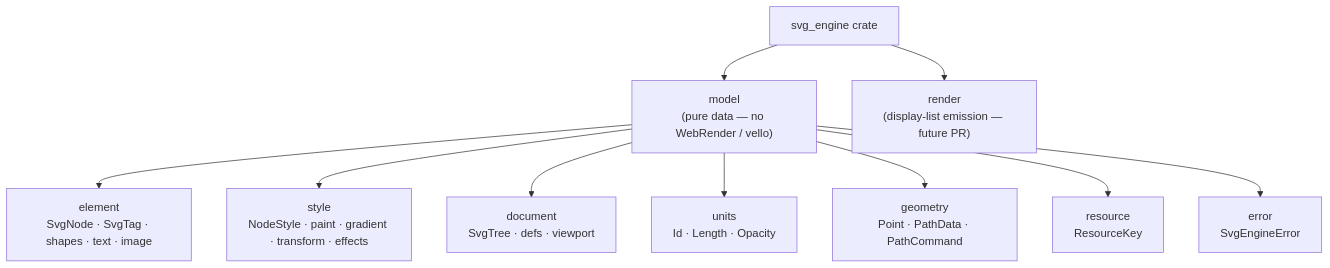
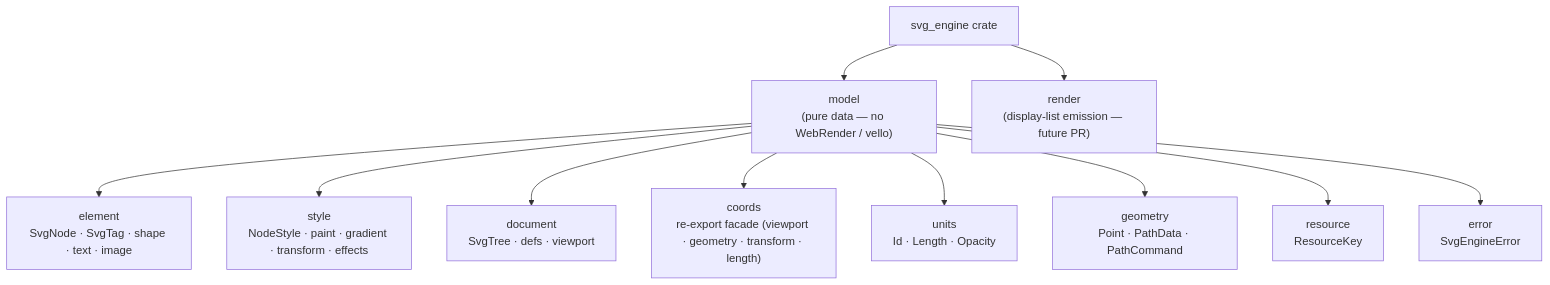
The first of 8 diagrams in svg-engine-data-model.md (mu-mostafa98/servo), drawn with Mermaid before and after one commit. The commit also changed other lines of this file, not shown here.

````diff
--- a/svg-engine-data-model.md
+++ b/svg-engine-data-model.md
@@ -27,13 +27,14 @@
 ```mermaid
 flowchart TD
     CE["svg_engine crate"] --> M["model<br/>(pure data — no WebRender / vello)"]
     CE --> R["render<br/>(display-list emission — future PR)"]
 
-    M --> E["element<br/>SvgNode · SvgTag · shapes · text · image"]
+    M --> E["element<br/>SvgNode · SvgTag · shape · text · image"]
     M --> S["style<br/>NodeStyle · paint · gradient · transform · effects"]
     M --> D["document<br/>SvgTree · defs · viewport"]
+    M --> C["coords<br/>re-export facade (viewport · geometry · transform · length)"]
     M --> U["units<br/>Id · Length · Opacity"]
     M --> G["geometry<br/>Point · PathData · PathCommand"]
     M --> RS["resource<br/>ResourceKey"]
     M --> ER["error<br/>SvgEngineError"]
 ```
````
